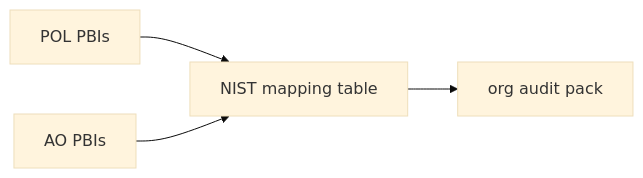
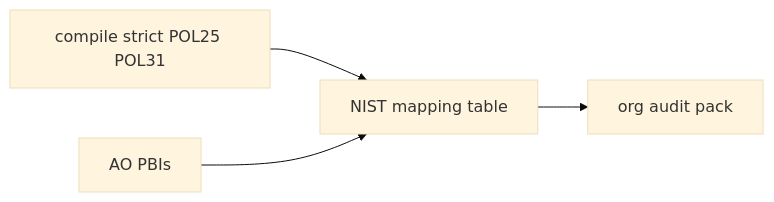
The second of 2 diagrams in docs/pbi/agent-ops/AO14-nist-mapping.md (svennijhuis/agentic-workflows), drawn with Mermaid (base theme) before and after one commit. The commit also changed other lines of this file and 986 other files, not shown here.

Commit message:
Cleanup: trust gh aw compile --strict, keep POL25 and POL31 (#28)

````diff
--- a/docs/pbi/agent-ops/AO14-nist-mapping.md
+++ b/docs/pbi/agent-ops/AO14-nist-mapping.md
@@ -48,6 +48,6 @@
 ```mermaid
 flowchart LR
-  POL[POL PBIs] --> MAP[NIST mapping table]
+  POL[compile strict POL25 POL31] --> MAP[NIST mapping table]
   AO[AO PBIs] --> MAP
   MAP --> AUD[org audit pack]
 ```
````
